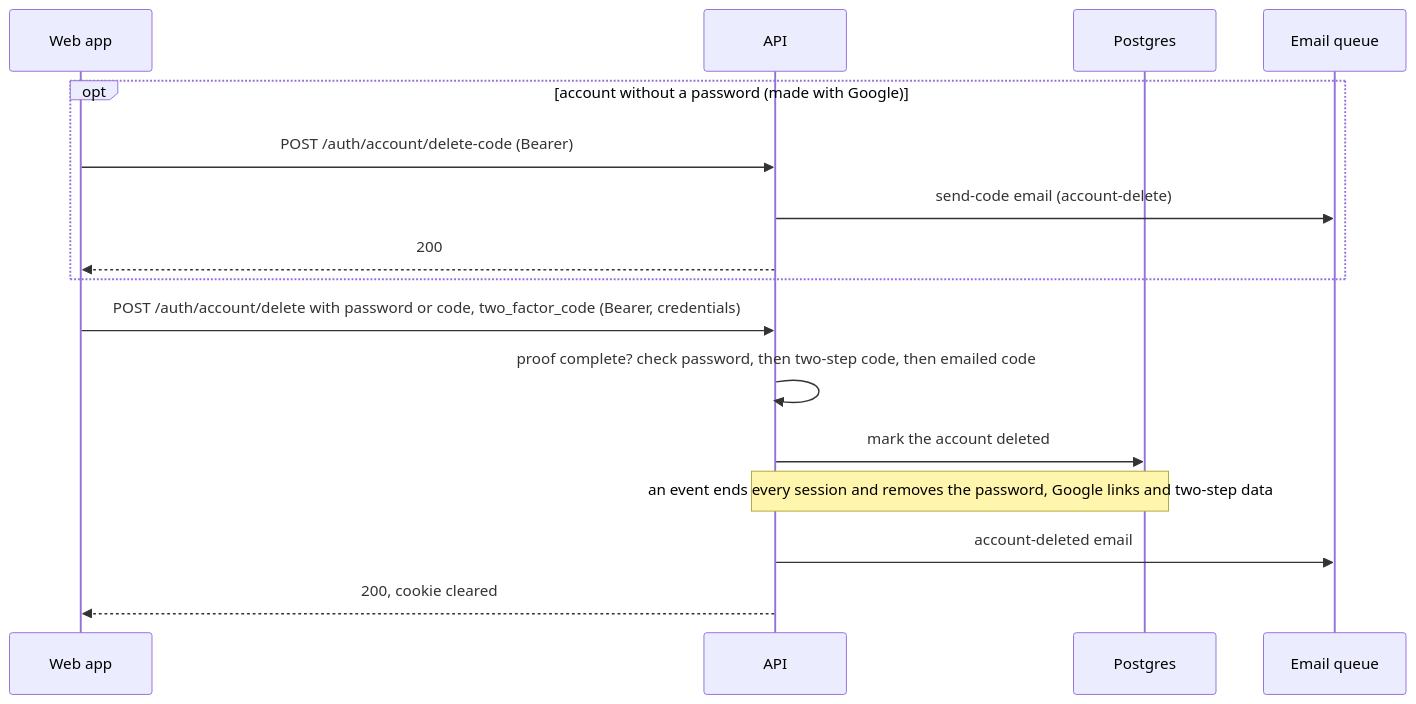
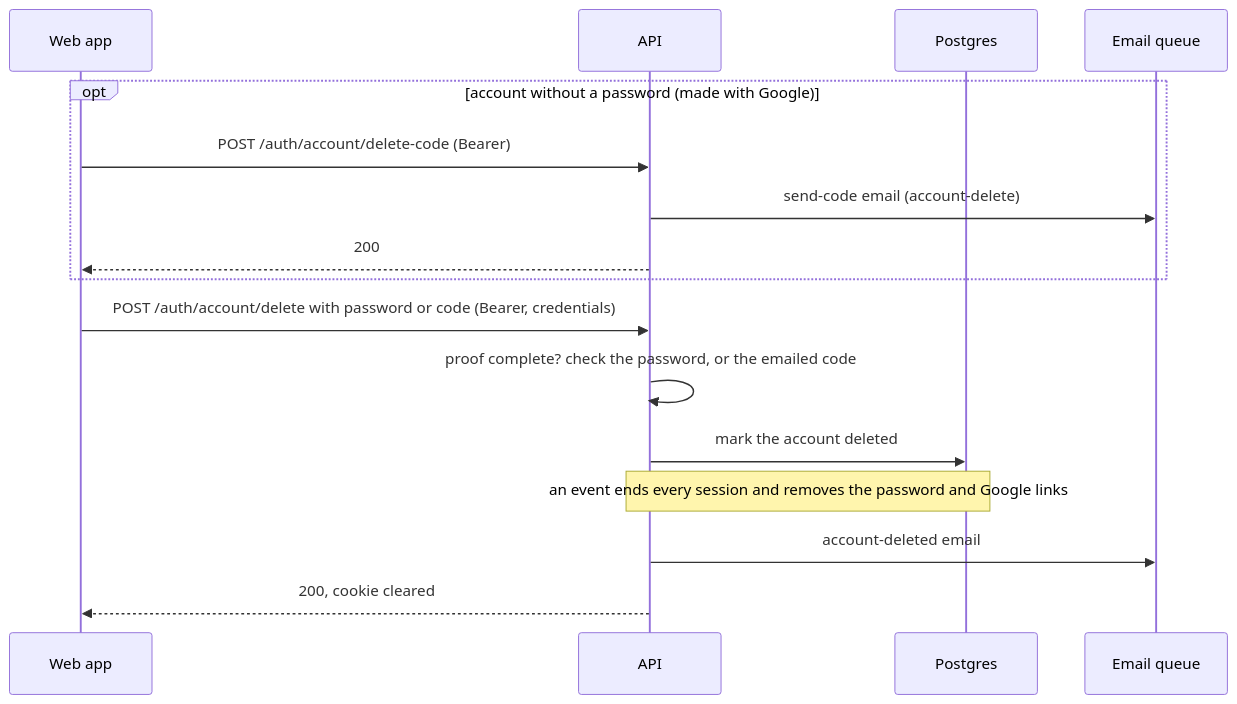
Before and after one commit to StoriuSs/NezFocus-Backend: diagram 11 of 11 in docs/auth/flows.md, drawn with Mermaid. The commit also changed other lines of this file and 177 other files, not shown here.

First line of the commit message:
refactor(auth): remove two-step sign-in and Turnstile

````diff
--- a/docs/auth/flows.md
+++ b/docs/auth/flows.md
@@ -712,18 +580,18 @@
 ```mermaid
 sequenceDiagram
     participant W as Web app
     participant A as API
     participant P as Postgres
     participant Q as Email queue
     opt account without a password (made with Google)
         W->>A: POST /auth/account/delete-code (Bearer)
         A->>Q: send-code email (account-delete)
         A-->>W: 200
     end
-    W->>A: POST /auth/account/delete with password or code, two_factor_code (Bearer, credentials)
-    A->>A: proof complete? check password, then two-step code, then emailed code
+    W->>A: POST /auth/account/delete with password or code (Bearer, credentials)
+    A->>A: proof complete? check the password, or the emailed code
     A->>P: mark the account deleted
-    Note over A,P: an event ends every session and removes the password, Google links and two-step data
+    Note over A,P: an event ends every session and removes the password and Google links
     A->>Q: account-deleted email
     A-->>W: 200, cookie cleared
 ```
````
